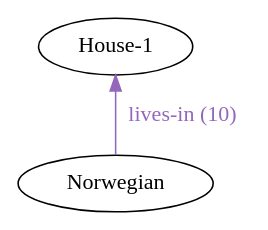
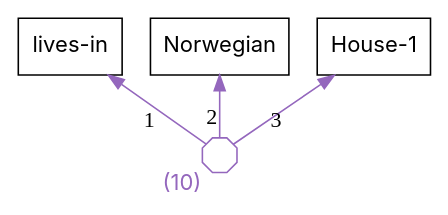
Before and after one commit to agutikov/ein: the diagram in docs/ein/user/02-guide/diagrams/07-four-token-sentence.dot, drawn with Graphviz. The commit also changed 254 other files, not shown here.

```diff
--- a/docs/ein/user/02-guide/diagrams/07-four-token-sentence.dot
+++ b/docs/ein/user/02-guide/diagrams/07-four-token-sentence.dot
@@ -1,6 +1,9 @@
 digraph kb {
   rankdir=BT;
-
-  // facts
-  "Norwegian" -> "House-1" [label="lives-in (10)", color="#9467bd", fontcolor="#9467bd", style=solid];
+  ranksep=0.55;
+  node [fontname="Inter", shape=box];
+  f_ba78d8e6bc [shape=octagon, label="", width=0.3, height=0.3, fixedsize=true, color="#9467bd", fontcolor="#9467bd", style=solid, xlabel="(10)"];
+  f_ba78d8e6bc -> "lives-in" [xlabel="1", color="#9467bd", style=solid];
+  f_ba78d8e6bc -> "Norwegian" [xlabel="2", color="#9467bd", style=solid];
+  f_ba78d8e6bc -> "House-1" [xlabel="3", color="#9467bd", style=solid];
 }
```
